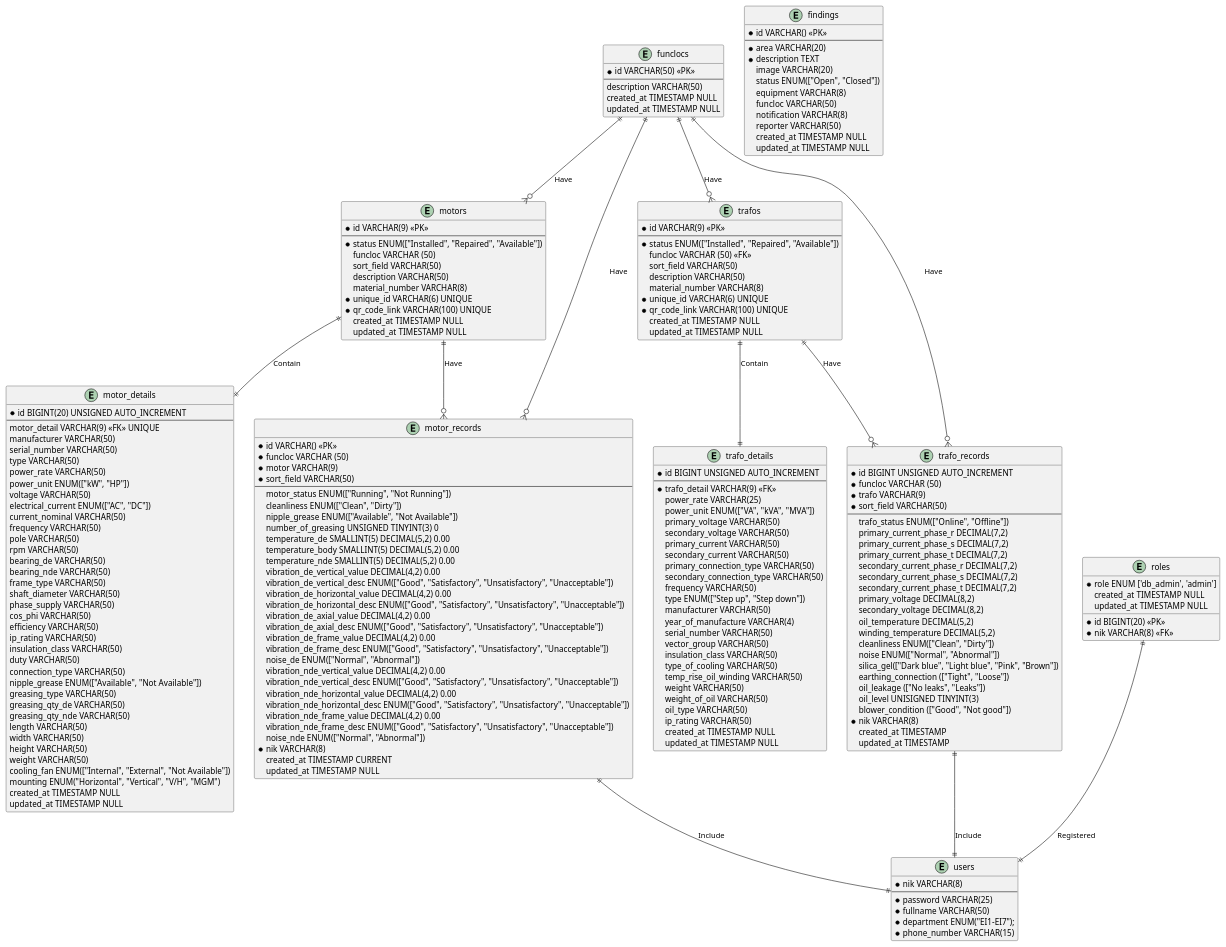
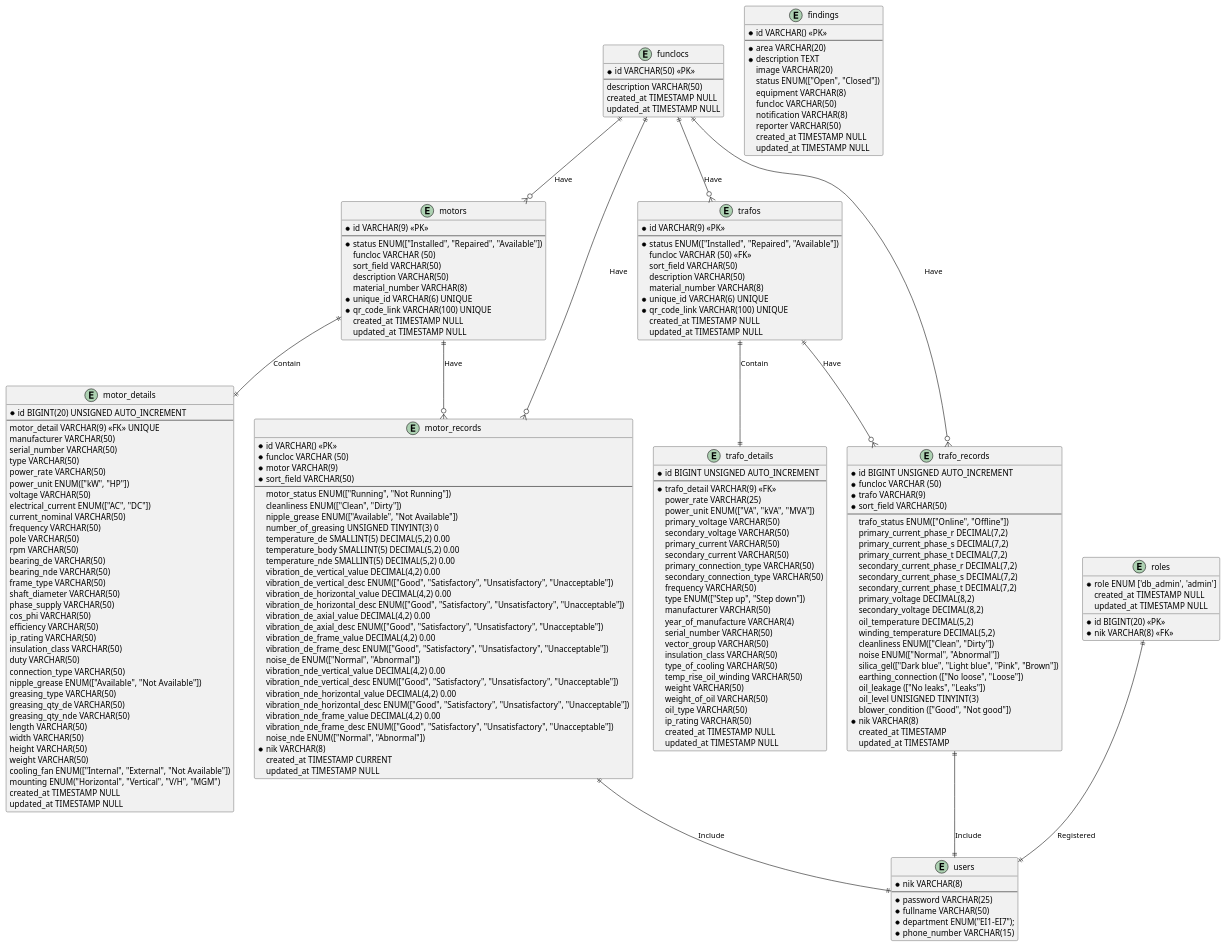
Before and after one commit to doniduaasattuu/fajar-e-maintenance: the diagram in docs/fajar_e_maintenance.puml, drawn with PlantUML. The commit also changed 15 other files, not shown here.

```diff
--- a/docs/fajar_e_maintenance.puml
+++ b/docs/fajar_e_maintenance.puml
@@ -193,7 +193,7 @@
     cleanliness ENUM(["Clean", "Dirty"])
     noise ENUM(["Normal", "Abnormal"])
     silica_gel(["Dark blue", "Light blue", "Pink", "Brown"])
-    earthing_connection (["Tight", "Loose"])
+    earthing_connection (["No loose", "Loose"])
     oil_leakage (["No leaks", "Leaks"])
     oil_level UNISIGNED TINYINT(3)
     blower_condition (["Good", "Not good"])
```
